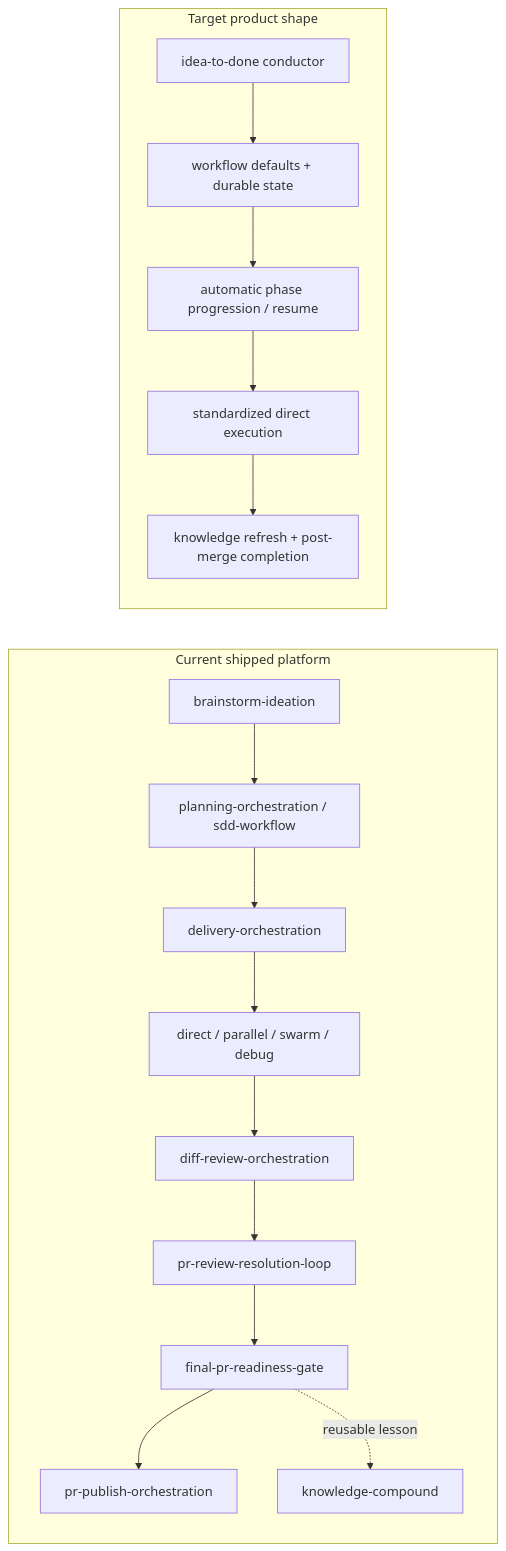
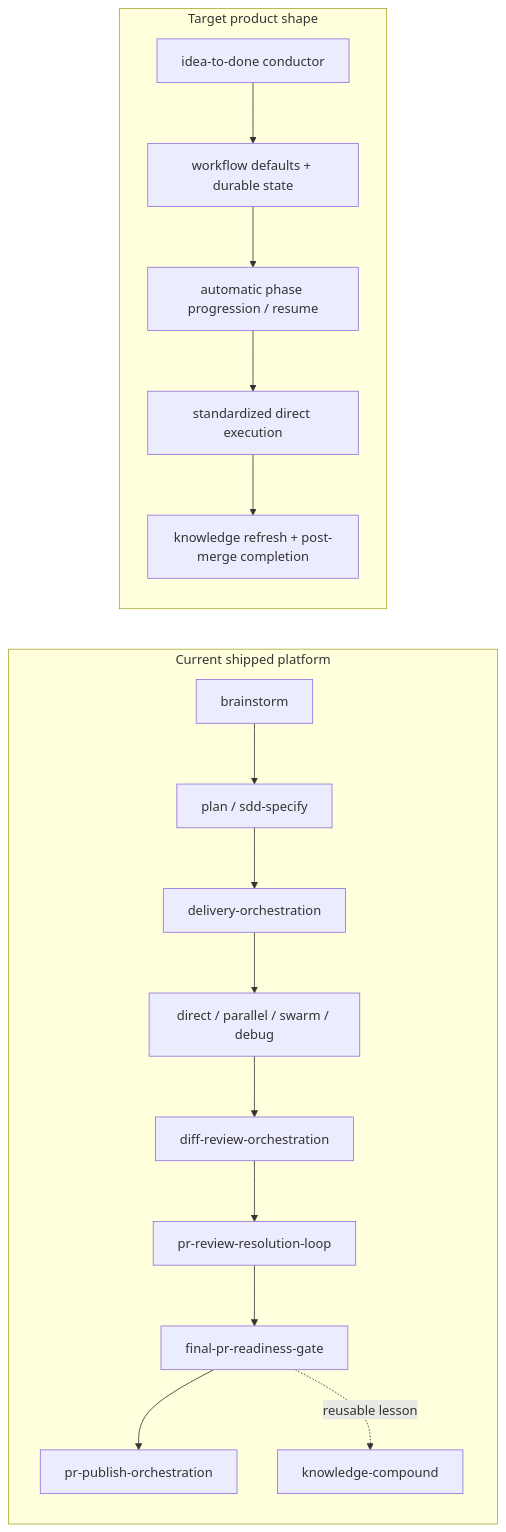
Before and after one commit to mikecubed/agent-orchestration: the first of 2 diagrams in docs/workflow-roadmap.md, drawn with Mermaid. The commit also changed other lines of this file and 222 other files, not shown here.

````diff
--- a/docs/workflow-roadmap.md
+++ b/docs/workflow-roadmap.md
@@ -29,20 +29,20 @@
 ```mermaid
 flowchart LR
     subgraph Current["Current shipped platform"]
-        C1["brainstorm-ideation"] --> C2["planning-orchestration / sdd-workflow"]
+        C1["brainstorm"] --> C2["plan / sdd-specify"]
         C2 --> C3["delivery-orchestration"]
         C3 --> C4["direct / parallel / swarm / debug"]
         C4 --> C5["diff-review-orchestration"]
         C5 --> C6["pr-review-resolution-loop"]
         C6 --> C7["final-pr-readiness-gate"]
         C7 --> C8["pr-publish-orchestration"]
         C7 -. reusable lesson .-> C9["knowledge-compound"]
     end
 
     subgraph Target["Target product shape"]
         T1["idea-to-done conductor"] --> T2["workflow defaults + durable state"]
         T2 --> T3["automatic phase progression / resume"]
         T3 --> T4["standardized direct execution"]
         T4 --> T5["knowledge refresh + post-merge completion"]
     end
 ```
````
